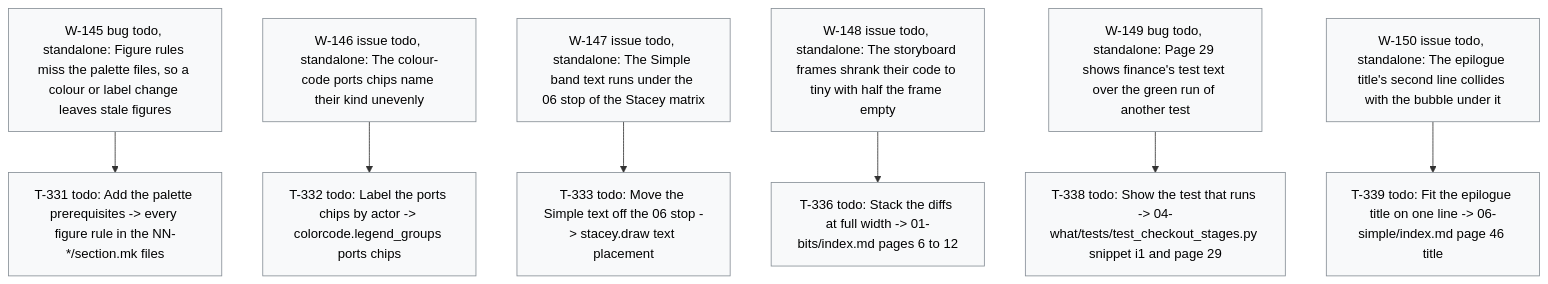
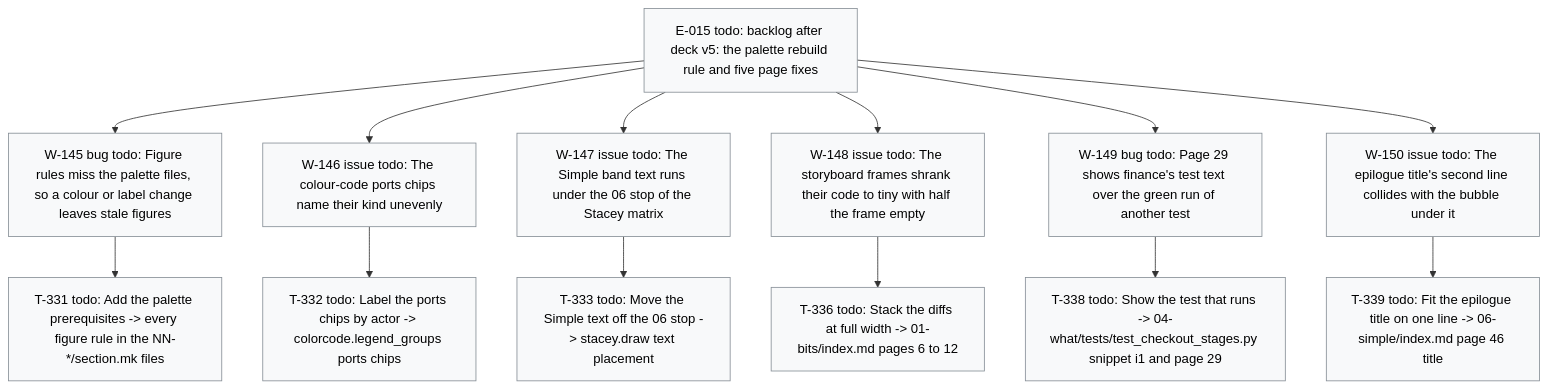
The diagram in .board/BOARD.md (dpopchev/chaos-to-simple), drawn with Mermaid before and after one commit. The commit also changed other lines of this file and 8 other files, not shown here.

Commit message:
chore(board): file E-015 -- backlog after deck v5, six standalone items adopted, burn decision (6 hours)

````diff
--- a/.board/BOARD.md
+++ b/.board/BOARD.md
@@ -858,21 +859,22 @@
 ```mermaid
 flowchart TD
-  W145["W-145 bug todo, standalone: Figure rules miss the palette files, so a colour or label change leaves stale figures"]
+  E015["E-015 todo: backlog after deck v5: the palette rebuild rule and five page fixes"]
+  E015 --> W145["W-145 bug todo: Figure rules miss the palette files, so a colour or label change leaves stale figures"]
   W145 --> T331["T-331 todo: Add the palette prerequisites -> every figure rule in the NN-*/section.mk files"]
-  W146["W-146 issue todo, standalone: The colour-code ports chips name their kind unevenly"]
+  E015 --> W146["W-146 issue todo: The colour-code ports chips name their kind unevenly"]
   W146 --> T332["T-332 todo: Label the ports chips by actor -> colorcode.legend_groups ports chips"]
-  W147["W-147 issue todo, standalone: The Simple band text runs under the 06 stop of the Stacey matrix"]
+  E015 --> W147["W-147 issue todo: The Simple band text runs under the 06 stop of the Stacey matrix"]
   W147 --> T333["T-333 todo: Move the Simple text off the 06 stop -> stacey.draw text placement"]
-  W148["W-148 issue todo, standalone: The storyboard frames shrank their code to tiny with half the frame empty"]
+  E015 --> W148["W-148 issue todo: The storyboard frames shrank their code to tiny with half the frame empty"]
   W148 --> T336["T-336 todo: Stack the diffs at full width -> 01-bits/index.md pages 6 to 12"]
-  W149["W-149 bug todo, standalone: Page 29 shows finance's test text over the green run of another test"]
+  E015 --> W149["W-149 bug todo: Page 29 shows finance's test text over the green run of another test"]
   W149 --> T338["T-338 todo: Show the test that runs -> 04-what/tests/test_checkout_stages.py snippet i1 and page 29"]
-  W150["W-150 issue todo, standalone: The epilogue title's second line collides with the bubble under it"]
+  E015 --> W150["W-150 issue todo: The epilogue title's second line collides with the bubble under it"]
   W150 --> T339["T-339 todo: Fit the epilogue title on one line -> 06-simple/index.md page 46 title"]
   classDef doing fill:#fff3bf,stroke:#b58900,color:#000;
   classDef blocked fill:#ffe3e3,stroke:#c92a2a,color:#000;
   classDef done fill:#e6ffed,stroke:#2b8a3e,color:#000;
   classDef todo fill:#f8f9fa,stroke:#868e96,color:#000;
   classDef pruned fill:#f1f3f5,stroke:#adb5bd,color:#000;
-  class W145,T331,W146,T332,W147,T333,W148,T336,W149,T338,W150,T339 todo
+  class E015,W145,T331,W146,T332,W147,T333,W148,T336,W149,T338,W150,T339 todo
 ```
````
